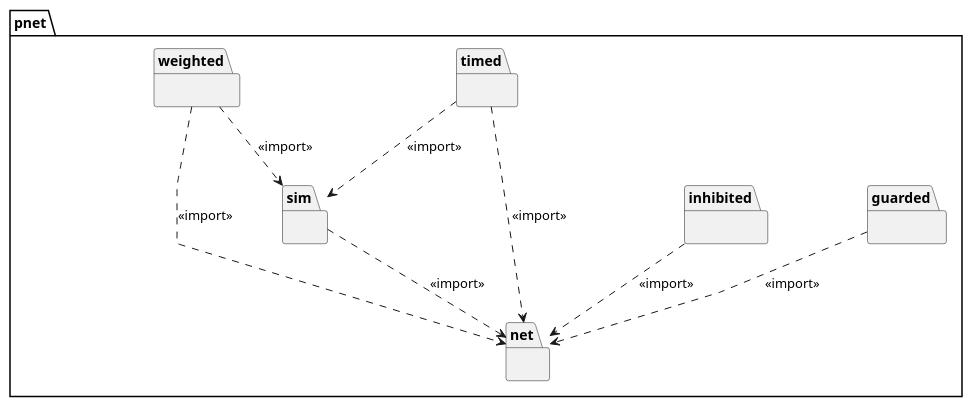
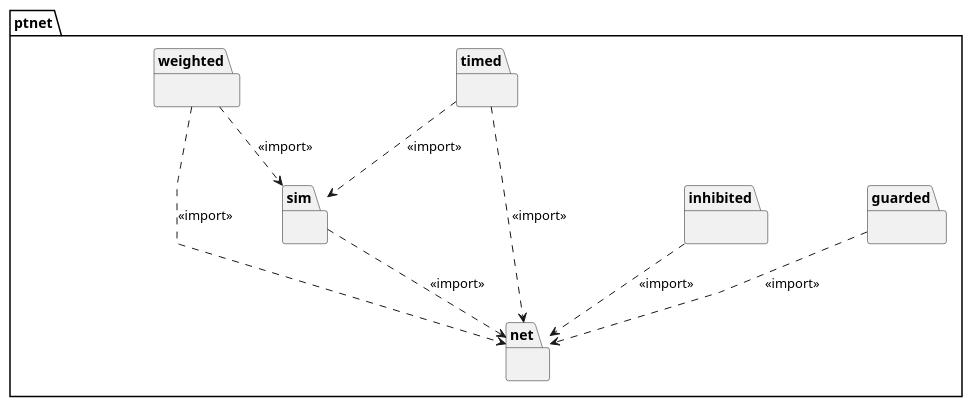
One commit to johnstonskj/rust-ptnets changed the third of 15 diagrams in doc/index.org. Above: the diagram before and after it, drawn with PlantUML. The commit also changed other lines of this file and 13 other files, not shown here.

```diff
--- a/doc/index.org
+++ b/doc/index.org
@@ -72,30 +80,30 @@
 #+BEGIN_SRC plantuml :file pnets-model-packages.svg
 skinparam backgroundColor transparent
 skinparam style strictuml
 skinparam linetype polyline
 skinparam nodesep 100
 
 hide circle
 hide empty members
 
-package pnet  {
+package ptnet  {
     package net {}
     package sim {}
     sim ..> net: <<import>>
 
     package guarded {}
     guarded ..> net: <<import>>
 
     package inhibited {}
     inhibited ..> net: <<import>>
 
     package timed {}
     timed ..> net: <<import>>
     timed ..> sim: <<import>>
 
     package weighted {}
     weighted ..> net: <<import>>
     weighted ..> sim: <<import>>
 
 }
 #+END_SRC
```
